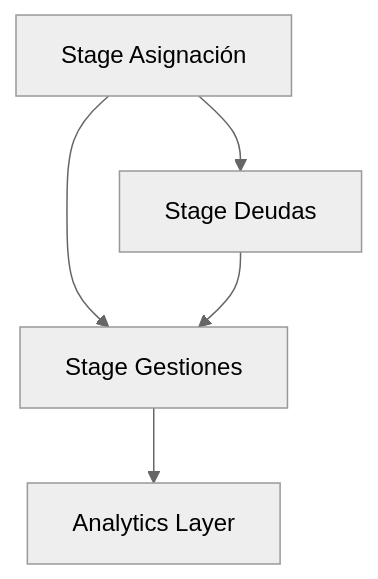
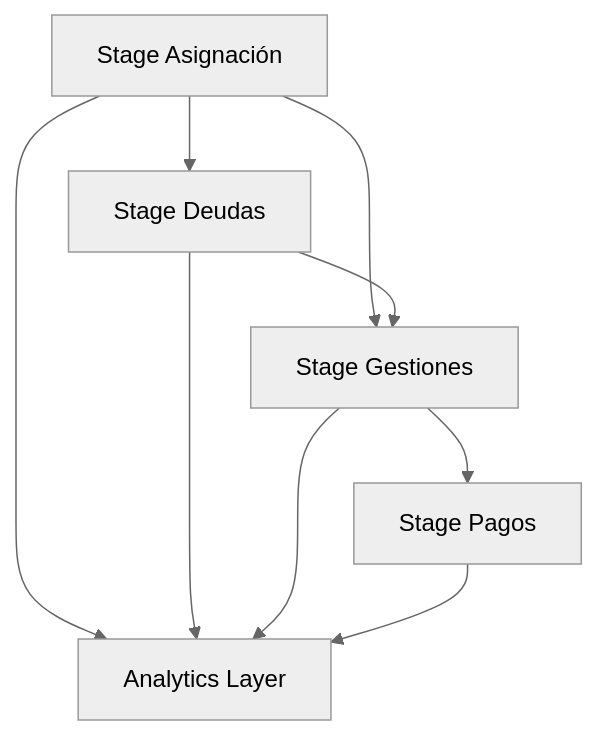
One commit to reyer3/faco_pipeline changed the diagram in README.md. Above: the diagram before and after it, drawn with Mermaid (neutral theme). The commit also changed other lines of this file, not shown here.

Commit message:
📚 README actualizado con stage de gestiones completado

````diff
--- a/README.md
+++ b/README.md
@@ -134,7 +175,11 @@
 ```mermaid
 graph TD
     A[Stage Asignación] --> B[Stage Deudas]
     A --> C[Stage Gestiones]
     B --> C
-    C --> D[Analytics Layer]
+    C --> D[Stage Pagos]
+    A --> E[Analytics Layer]
+    B --> E
+    C --> E
+    D --> E
 ```
````
